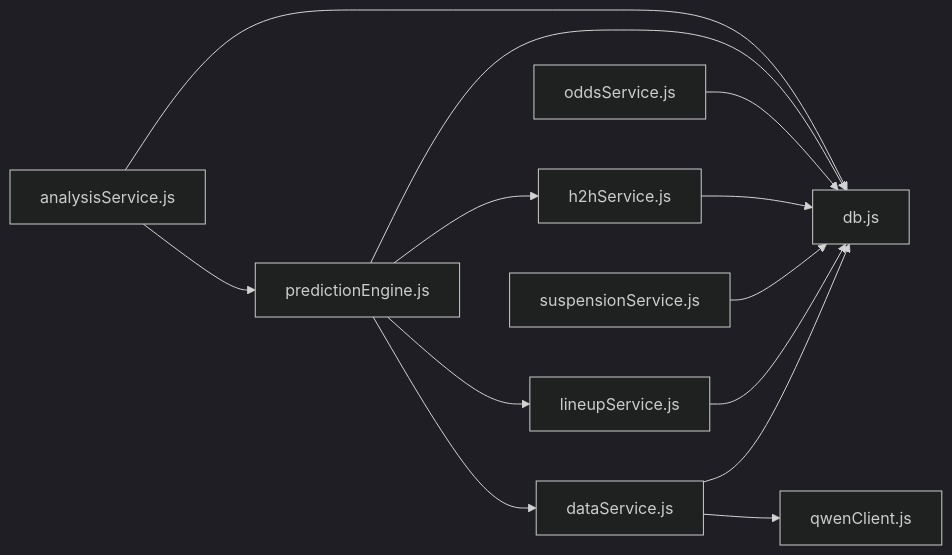
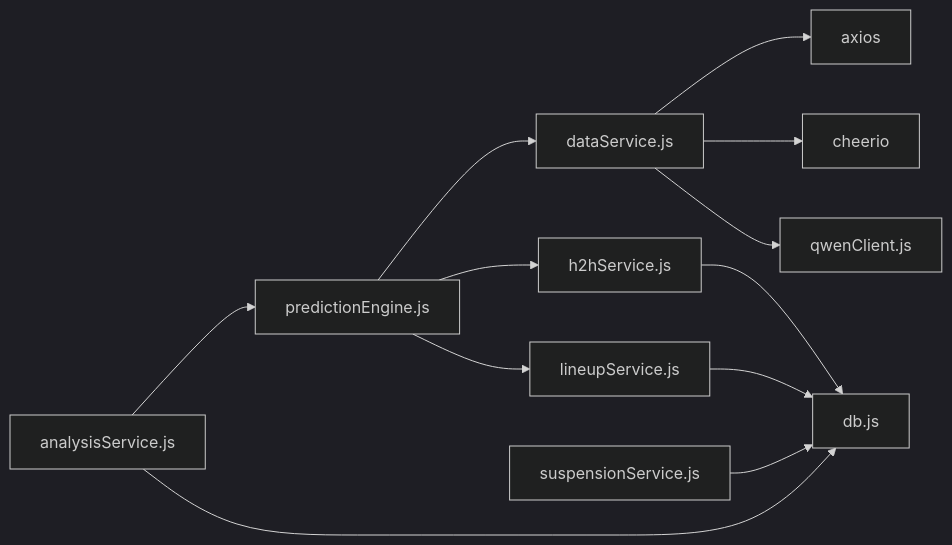
Before and after one commit to cheesiong/WC26-qwen: the eighth of 8 diagrams in .qoder/repowiki/en/content/Data Services/Data Services.md, drawn with Mermaid (dark theme). The commit also changed other lines of this file and 181 other files, not shown here.

````diff
--- a/.qoder/repowiki/en/content/Data Services/Data Services.md
+++ b/.qoder/repowiki/en/content/Data Services/Data Services.md
@@ -415,15 +362,14 @@
 ```mermaid
 graph LR
-DS["dataService.js"] --> DB["db.js"]
-DS --> QC["qwenClient.js"]
-LS["lineupService.js"] --> DB
-SS["suspensionService.js"] --> DB
-H2H["h2hService.js"] --> DB
-OD["oddsService.js"] --> DB
-PE["predictionEngine.js"] --> DB
-PE --> DS
-PE --> LS
+DS["dataService.js"] --> AX["axios"]
+DS --> CH["cheerio"]
+DS --> QW["qwenClient.js"]
+H2H["h2hService.js"] --> DB["db.js"]
+LIN["lineupService.js"] --> DB
+SUS["suspensionService.js"] --> DB
+PE["predictionEngine.js"] --> DS
 PE --> H2H
-AS["analysisService.js"] --> DB
-AS --> PE
+PE --> LIN
+AS["analysisService.js"] --> PE
+AS --> DB
 ```
````
